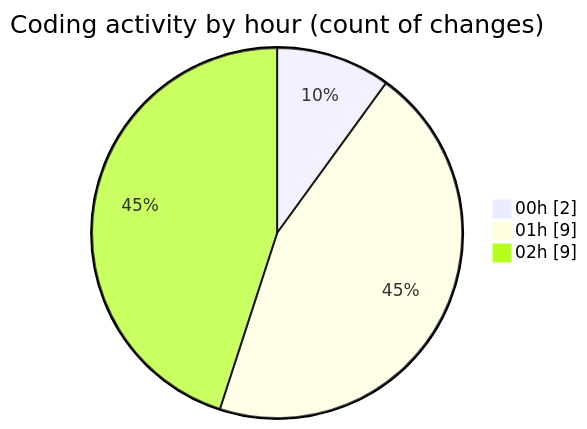
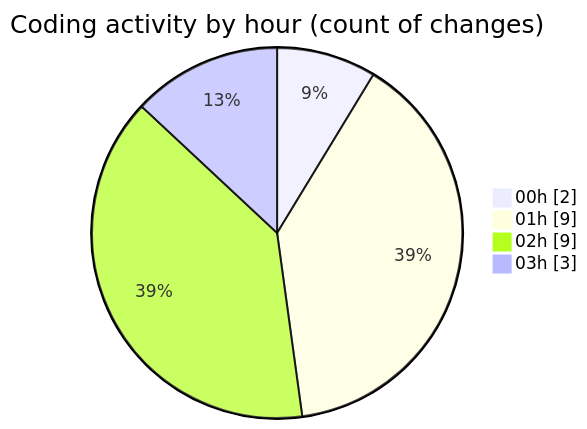
The second of 2 diagrams in 2025-10-17/cdp_aleoudev_fr__workspace_/README.md (julien-gomy/code-tracking), drawn with Mermaid before and after one commit. The commit also changed other lines of this file and 1 other file, not shown here.

````diff
--- a/2025-10-17/cdp_aleoudev_fr__workspace_/README.md
+++ b/2025-10-17/cdp_aleoudev_fr__workspace_/README.md
@@ -32,7 +32,8 @@
 ```mermaid
 pie showData
 title Coding activity by hour (count of changes)
 "00h" : 2
 "01h" : 9
 "02h" : 9
+"03h" : 3
 ```
````
